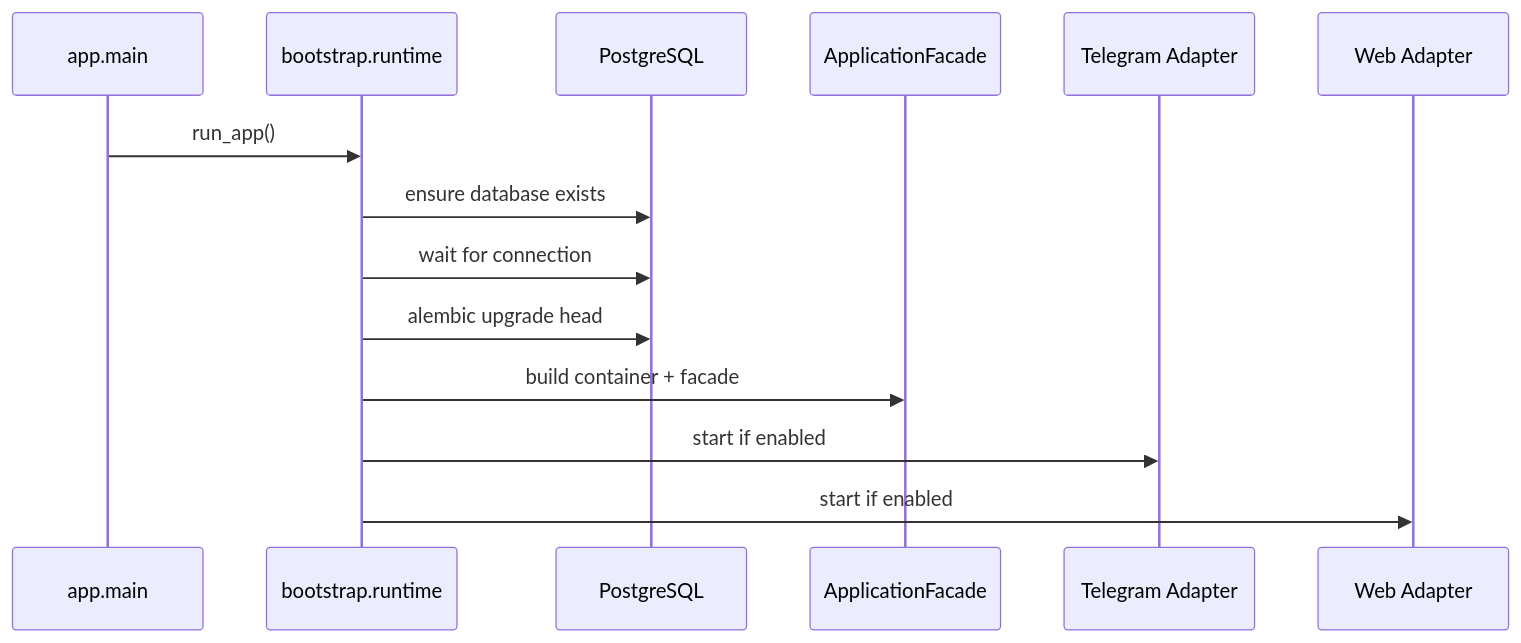
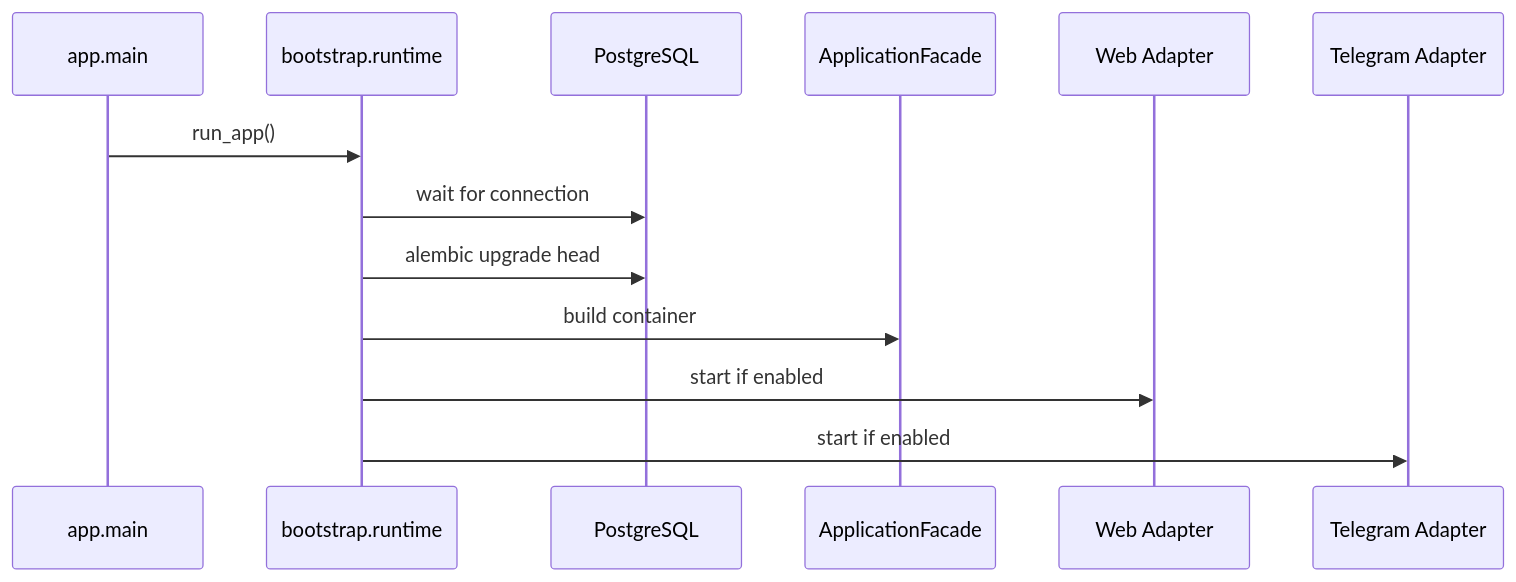
One commit to kuznetzdev/cashback_bot changed the second of 2 diagrams in docs/ARCHITECTURE.md. Above: the diagram before and after it, drawn with Mermaid. The commit also changed other lines of this file and 81 other files, not shown here.

````diff
--- a/docs/ARCHITECTURE.md
+++ b/docs/ARCHITECTURE.md
@@ -92,17 +177,16 @@
 ```mermaid
 sequenceDiagram
     participant Main as app.main
     participant Runtime as bootstrap.runtime
     participant DB as PostgreSQL
-    participant Core as ApplicationFacade
+    participant Facade as ApplicationFacade
+    participant Web as Web Adapter
     participant Tg as Telegram Adapter
-    participant Web as Web Adapter
 
     Main->>Runtime: run_app()
-    Runtime->>DB: ensure database exists
     Runtime->>DB: wait for connection
     Runtime->>DB: alembic upgrade head
-    Runtime->>Core: build container + facade
+    Runtime->>Facade: build container
+    Runtime->>Web: start if enabled
     Runtime->>Tg: start if enabled
-    Runtime->>Web: start if enabled
 ```
````
